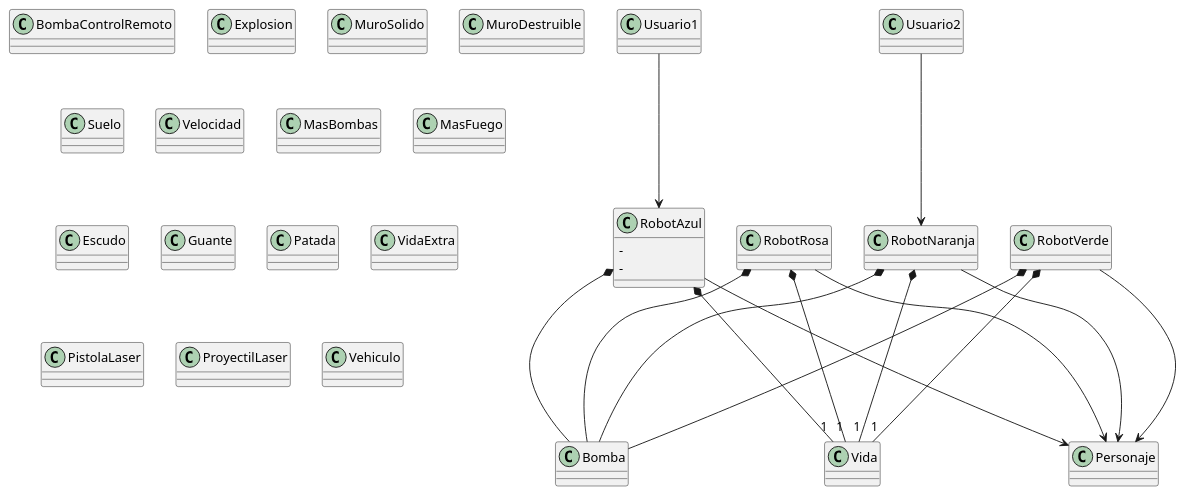
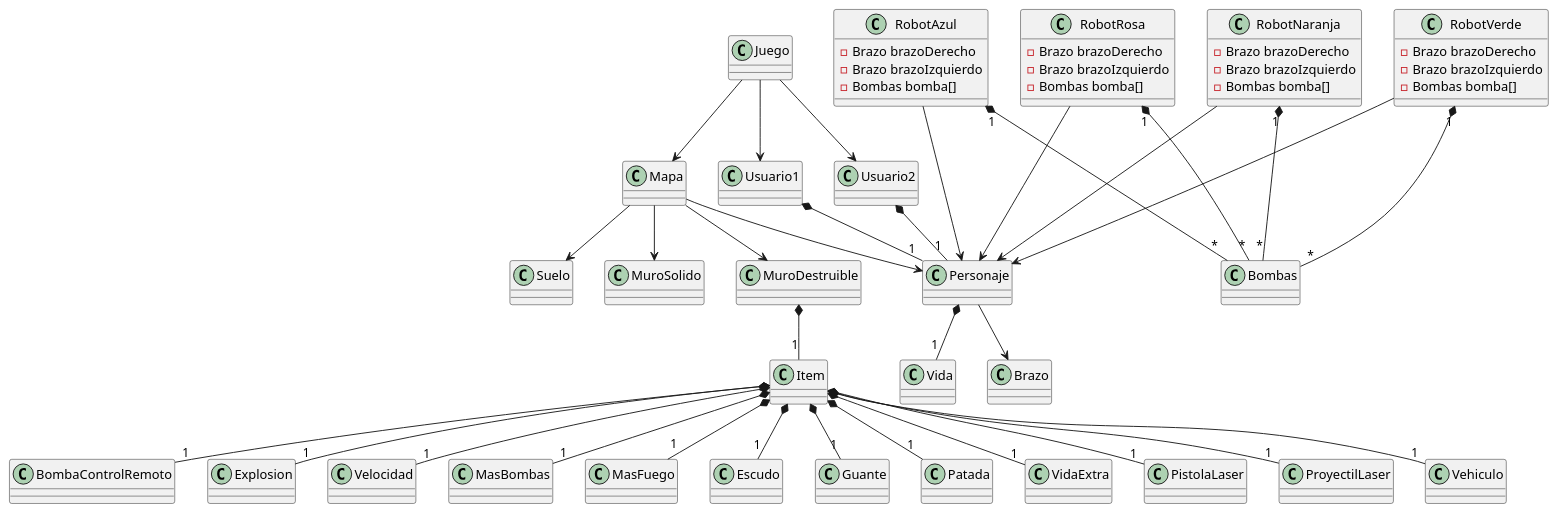
One commit to fernandoyaelsg/3E261 changed the diagram in Diagrma.puml. Above: the diagram before and after it, drawn with PlantUML.

Commit message:
Practica 4

```diff
--- a/Diagrma.puml
+++ b/Diagrma.puml
@@ -1,49 +1,97 @@
 @startuml
-class Usuario1
+class Juego
+Class Brazo
+Class Usuario1
 class Usuario2
+class Mapa
 class RobotAzul
 class RobotRosa
 class RobotNaranja
 class RobotVerde
-class Bomba
+class Bombas
 class BombaControlRemoto
 class Explosion
 class MuroSolido
 class MuroDestruible
 class Suelo
 class Velocidad
 class MasBombas
 class MasFuego
 class Escudo
 class Guante
 class Patada
 class VidaExtra
 class PistolaLaser
 class ProyectilLaser
 class Vehiculo
 class Vida
+class Item
+class RobotAzul{
+    - Brazo brazoDerecho
+    - Brazo brazoIzquierdo
+}
+class RobotRosa{
+    - Brazo brazoDerecho
+    - Brazo brazoIzquierdo
+}
+class RobotNaranja{
+    - Brazo brazoDerecho
+    - Brazo brazoIzquierdo
+}
+class RobotVerde{
+    - Brazo brazoDerecho
+    - Brazo brazoIzquierdo
+}
+class RobotAzul{
+    - Bombas bomba[]    
+}
+class RobotRosa{
+    - Bombas bomba[]    
+}
+class RobotNaranja{
+    - Bombas bomba[]    
+}
+class RobotVerde{
+    - Bombas bomba[]    
+}
 
-Usuario1--->RobotAzul
-Usuario2--->RobotNaranja
-
+Juego-->Mapa
+Mapa-->Personaje
+Juego-->Usuario1
+Juego-->Usuario2
+Mapa-->MuroDestruible
+Mapa-->MuroSolido
+Mapa-->Suelo
+Personaje--> Brazo
 
 RobotAzul--->Personaje
 RobotRosa--->Personaje
 RobotNaranja--->Personaje
 RobotVerde--->Personaje
 
-RobotAzul*---Bomba
-RobotRosa*---Bomba
-RobotNaranja*---Bomba
-RobotVerde*---Bomba
+RobotAzul "1" *--- "*" Bombas
+RobotRosa "1" *--- "*" Bombas
+RobotNaranja "1" *--- "*" Bombas
+RobotVerde "1" *--- "*" Bombas
 
-RobotAzul *-- "1" Vida
-RobotRosa*--- "1" Vida
-RobotNaranja*---"1" Vida
-RobotVerde*--- "1" Vida
+Usuario1 *-- "1" Personaje
+Usuario2 *-- "1" Personaje
 
-Class RobotAzul{
-    -
-    -
-}
+Item *-- "1" BombaControlRemoto
+Item *-- "1" Explosion
+Item *-- "1" Velocidad
+Item *-- "1" MasBombas
+Item *-- "1" MasFuego
+Item *-- "1" Escudo
+Item *-- "1" Guante
+Item *-- "1" Patada
+Item *-- "1" VidaExtra
+Item *-- "1" PistolaLaser
+Item *-- "1" ProyectilLaser
+Item *-- "1" Vehiculo
+
+Personaje *-- "1" Vida
+
+MuroDestruible *-- "1" Item
+
 @enduml
```
